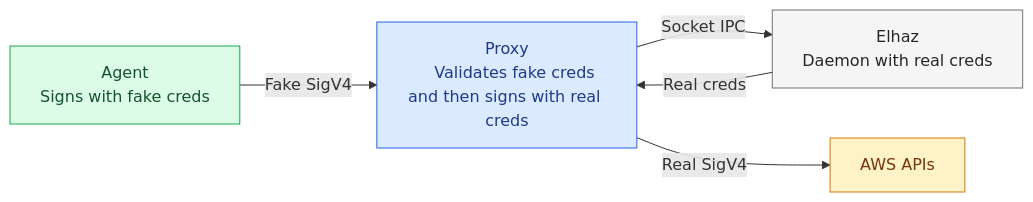
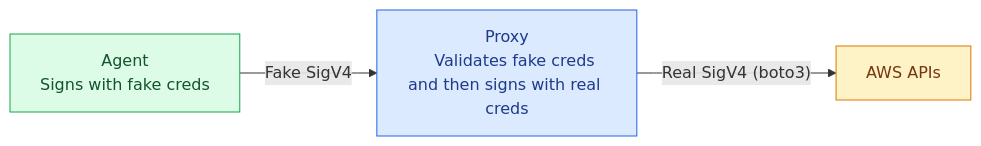
Before and after one commit to engseclabs/aws-sigv4-resigning-proxy: the first of 2 diagrams in README.md, drawn with Mermaid. The commit also changed other lines of this file and 28 other files, not shown here.

First line of the commit message:
Replace mitmproxy with proxy.py, elhaz with boto3, rename proxy/ to core/

````diff
--- a/README.md
+++ b/README.md
@@ -14,26 +14,20 @@
 ```mermaid
 graph LR
     
     agent["Agent
     Signs with fake creds"]
     proxy["Proxy
     Validates fake creds and then signs with real creds"]
-    elhaz["Elhaz
-    Daemon with real creds"]
     aws["AWS APIs"]
 
     agent -- "Fake SigV4" --> proxy
-    proxy -- "Socket IPC" --> elhaz
-    elhaz -- "Real creds" --> proxy
-    proxy -- "Real SigV4" --> aws
+    proxy -- "Real SigV4 (boto3)" --> aws
 
     classDef agentStyle fill:#dcfce7,stroke:#16a34a,color:#14532d
     classDef proxyStyle fill:#dbeafe,stroke:#2563eb,color:#1e3a8a
-    classDef elhazStyle fill:#f5f5f5,stroke:#737373,color:#262626
     classDef awsStyle fill:#fef3c7,stroke:#d97706,color:#78350f
 
     class agent agentStyle
     class proxy proxyStyle
-    class elhaz elhazStyle
     class aws awsStyle
 ```
````
